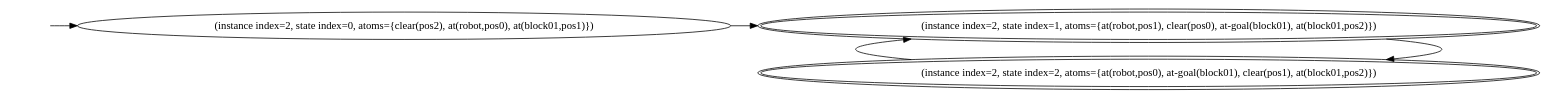
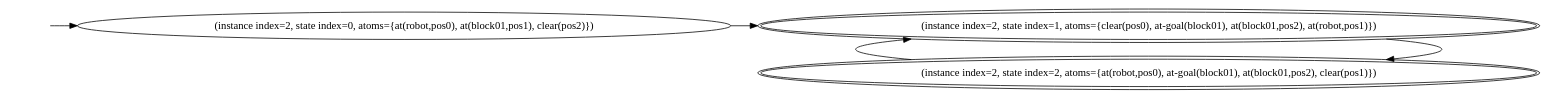
Before and after one commit to rakhmanu/sketch-learner-pymimir1: the diagram in workspace/problem_1_3_1.dot, drawn with Graphviz. The commit also changed 23 other files, not shown here.

```diff
--- a/workspace/problem_1_3_1.dot
+++ b/workspace/problem_1_3_1.dot
@@ -1,18 +1,18 @@
 digraph {
 rankdir="LR"
-s0[label="(instance index=2, state index=0, atoms={clear(pos2), at(robot,pos0), at(block01,pos1)})"]
-s1[peripheries=2,label="(instance index=2, state index=1, atoms={at(robot,pos1), clear(pos0), at-goal(block01), at(block01,pos2)})"]
-s2[peripheries=2,label="(instance index=2, state index=2, atoms={at(robot,pos0), at-goal(block01), clear(pos1), at(block01,pos2)})"]
+s0[label="(instance index=2, state index=0, atoms={at(robot,pos0), at(block01,pos1), clear(pos2)})"]
+s1[peripheries=2,label="(instance index=2, state index=1, atoms={clear(pos0), at-goal(block01), at(block01,pos2), at(robot,pos1)})"]
+s2[peripheries=2,label="(instance index=2, state index=2, atoms={at(robot,pos0), at-goal(block01), at(block01,pos2), clear(pos1)})"]
 Dangling [ label = "", style = invis ]
 { rank = same; Dangling }
 Dangling -> s0
 { rank = same; s0}
 { rank = same; s1,s2}
 {
 s0->s1
 }
 {
 s1->s2
 s2->s1
 }
 }
```
